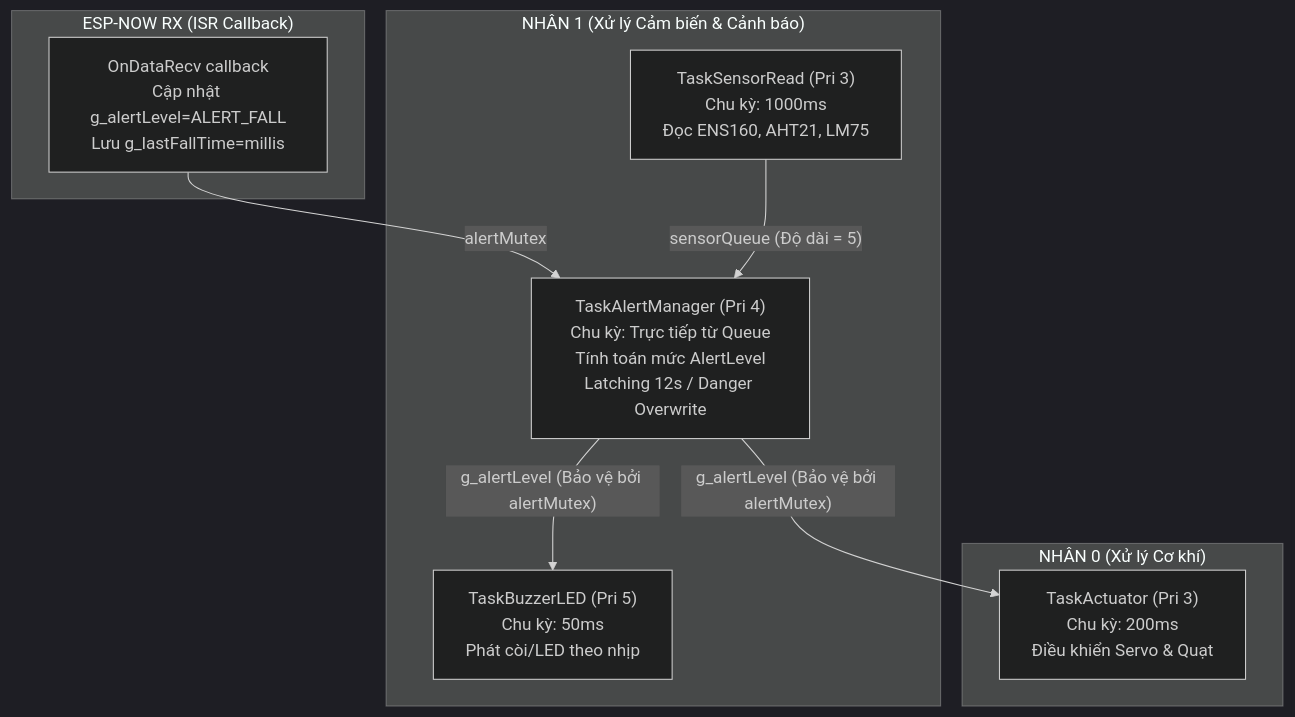
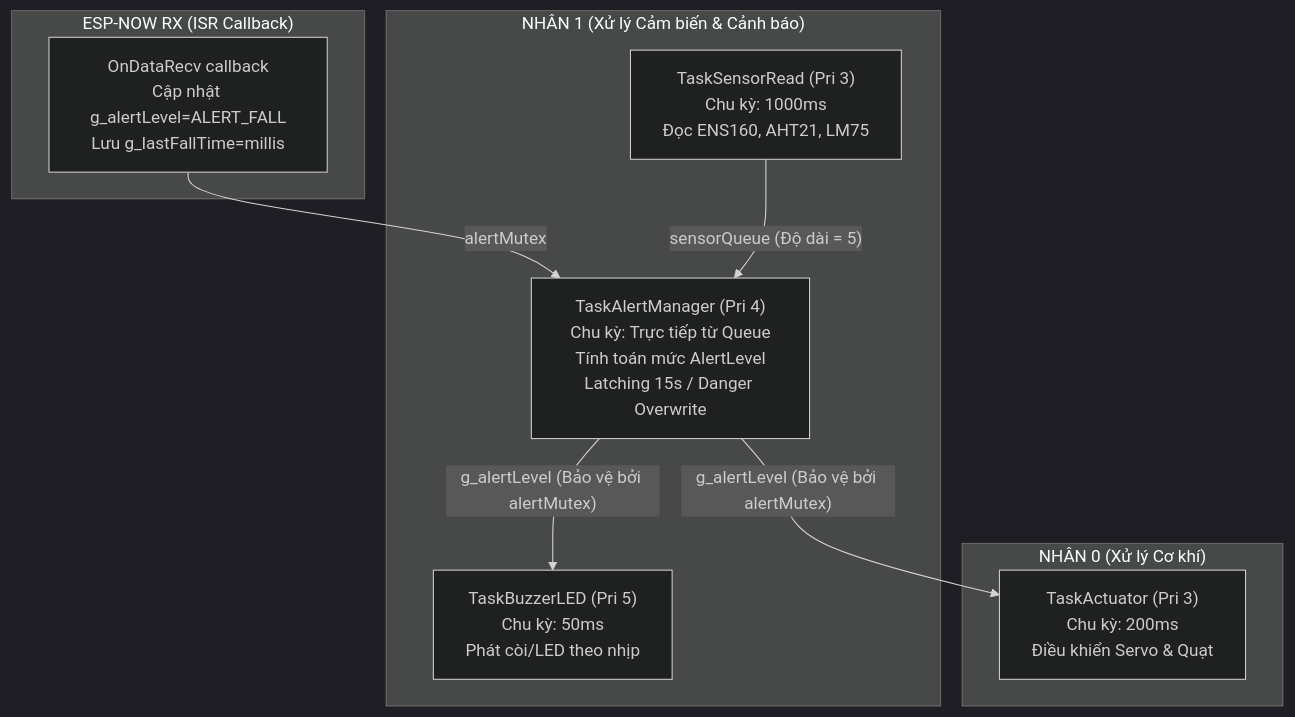
Before and after one commit to DKiet33/MAIN_PROJECT_THAYKIEN_MPU6050_XIAO: the second of 2 diagrams in README.md, drawn with Mermaid (dark theme). The commit also changed other lines of this file and 5 other files, not shown here.

````diff
--- a/README.md
+++ b/README.md
@@ -78,21 +78,21 @@
 ```mermaid
 flowchart TD
     subgraph ESPNOW["ESP-NOW RX (ISR Callback)"]
         RECV[OnDataRecv callback\nCập nhật g_alertLevel=ALERT_FALL\nLưu g_lastFallTime=millis]
     end
 
     subgraph Core_1["NHÂN 1 (Xử lý Cảm biến & Cảnh báo)"]
         T1["TaskSensorRead (Pri 3)\nChu kỳ: 1000ms\nĐọc ENS160, AHT21, LM75"]
-        T2["TaskAlertManager (Pri 4)\nChu kỳ: Trực tiếp từ Queue\nTính toán mức AlertLevel\nLatching 12s / Danger Overwrite"]
+        T2["TaskAlertManager (Pri 4)\nChu kỳ: Trực tiếp từ Queue\nTính toán mức AlertLevel\nLatching 15s / Danger Overwrite"]
         T3["TaskBuzzerLED (Pri 5)\nChu kỳ: 50ms\nPhát còi/LED theo nhịp"]
     end
 
     subgraph Core_0["NHÂN 0 (Xử lý Cơ khí)"]
         T4["TaskActuator (Pri 3)\nChu kỳ: 200ms\nĐiều khiển Servo & Quạt"]
     end
 
     RECV -- "alertMutex" --> T2
     T1 -- "sensorQueue (Độ dài = 5)" --> T2
     T2 -- "g_alertLevel (Bảo vệ bởi alertMutex)" --> T3
     T2 -- "g_alertLevel (Bảo vệ bởi alertMutex)" --> T4
 ```
````
